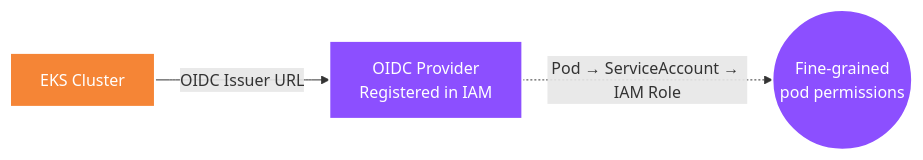
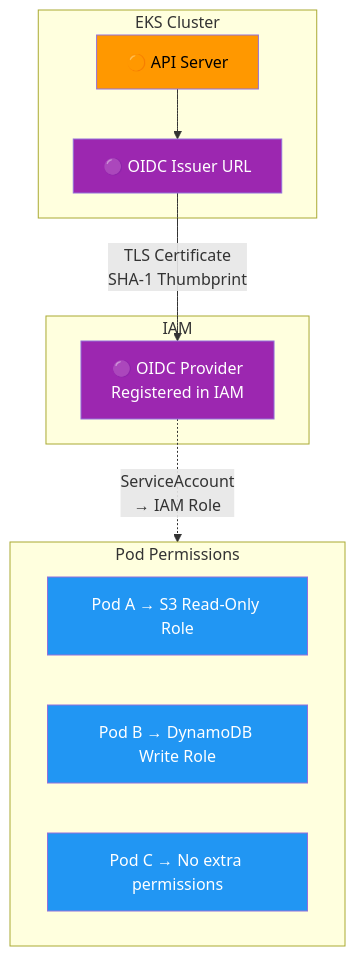
The seventh of 13 diagrams in docs/architecture-build-steps.md (selvakumarperumal/EKS_k8s_custom_template_with_Terraform), drawn with Mermaid before and after one commit. The commit also changed other lines of this file, not shown here.

Commit message:
docs: rewrite build steps as proper architecture layout diagrams with subgraphs and styled nodes

````diff
--- a/docs/architecture-build-steps.md
+++ b/docs/architecture-build-steps.md
@@ -283,11 +280,28 @@
 ```mermaid
-graph LR
-    classDef eksStyle fill:#F58536,stroke:#fff,stroke-width:2px,color:#fff
-    classDef irsaStyle fill:#8C4FFF,stroke:#fff,stroke-width:2px,color:#fff
+graph TB
+    subgraph EKS_Cluster["EKS Cluster"]
+        API["🟠 API Server"]
+        OIDC["🟣 OIDC Issuer URL"]
+    end
 
-    EKS["EKS Cluster"] -- "OIDC Issuer URL" --> OIDC["OIDC Provider\nRegistered in IAM"]
-    OIDC -. "Pod → ServiceAccount → IAM Role" .-> Pods(("Fine-grained\npod permissions"))
+    subgraph IAM_Layer["IAM"]
+        OIDC_Provider["🟣 OIDC Provider\nRegistered in IAM"]
+    end
 
-    class EKS eksStyle
-    class OIDC,Pods irsaStyle
+    subgraph Pods["Pod Permissions"]
+        PodA["Pod A → S3 Read-Only Role"]
+        PodB["Pod B → DynamoDB Write Role"]
+        PodC["Pod C → No extra permissions"]
+    end
+
+    API --> OIDC
+    OIDC -->|"TLS Certificate\nSHA-1 Thumbprint"| OIDC_Provider
+    OIDC_Provider -.->|"ServiceAccount\n→ IAM Role"| Pods
+
+    style API fill:#FF9800,color:#000
+    style OIDC fill:#9C27B0,color:#fff
+    style OIDC_Provider fill:#9C27B0,color:#fff
+    style PodA fill:#2196F3,color:#fff
+    style PodB fill:#2196F3,color:#fff
+    style PodC fill:#2196F3,color:#fff
 ```
````
